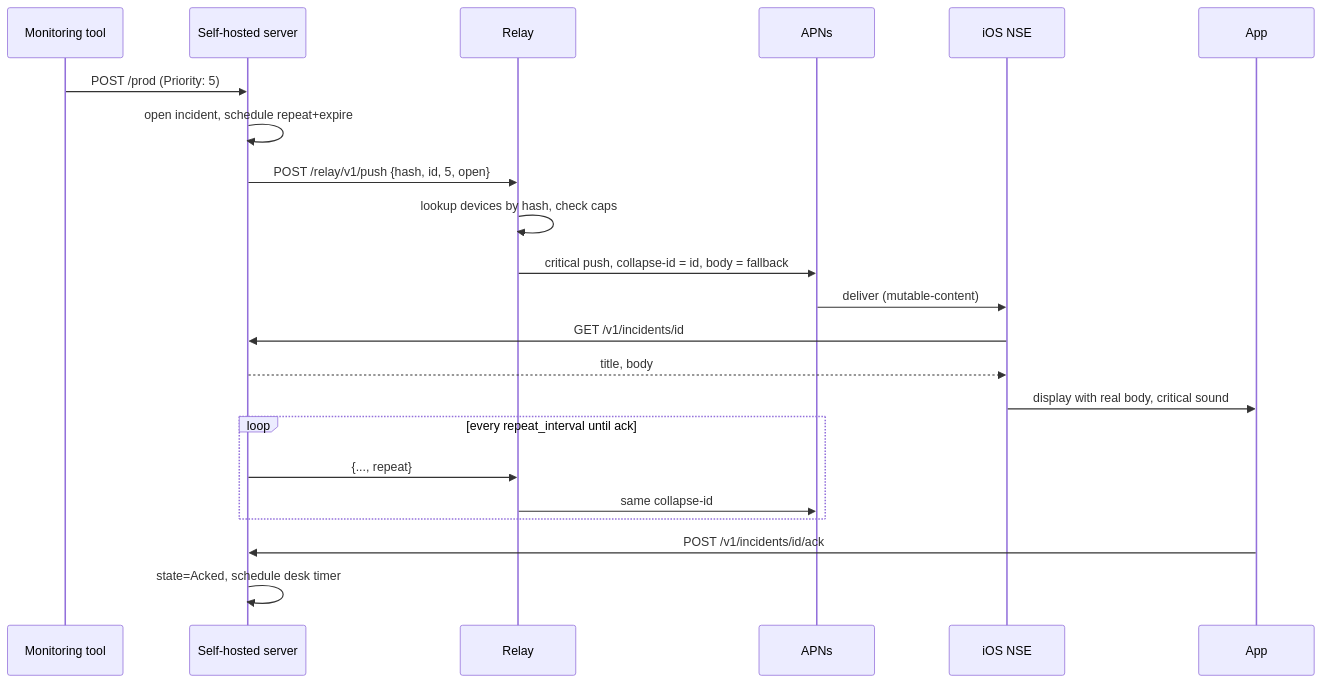
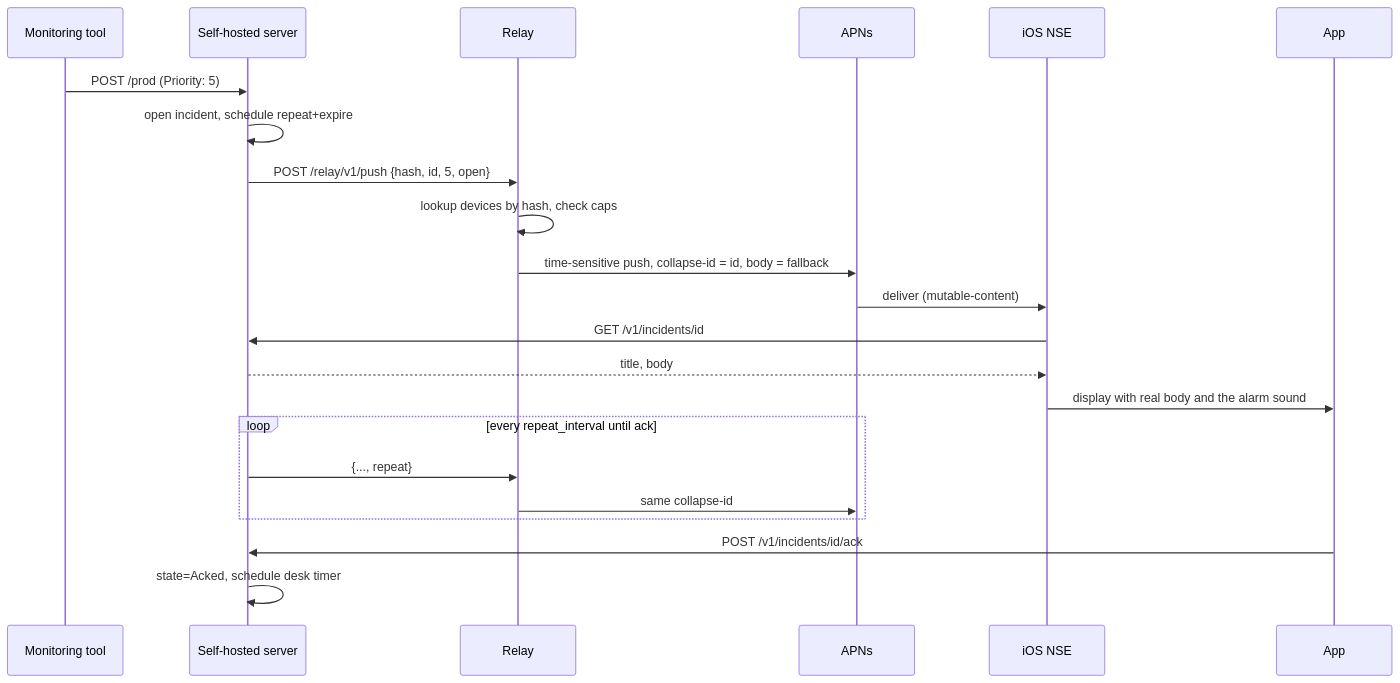
One commit to anvilnine/critalarm-app changed the fifth of 5 diagrams in docs/ARCHITECTURE.md. Above: the diagram before and after it, drawn with Mermaid. The commit also changed other lines of this file and 1 other file, not shown here.

````diff
--- a/docs/ARCHITECTURE.md
+++ b/docs/ARCHITECTURE.md
@@ -241,25 +247,25 @@
 ```mermaid
 sequenceDiagram
     participant M as Monitoring tool
     participant S as Self-hosted server
     participant R as Relay
     participant A as APNs
     participant N as iOS NSE
     participant P as App
 
     M->>S: POST /prod (Priority: 5)
     S->>S: open incident, schedule repeat+expire
     S->>R: POST /relay/v1/push {hash, id, 5, open}
     R->>R: lookup devices by hash, check caps
-    R->>A: critical push, collapse-id = id, body = fallback
+    R->>A: time-sensitive push, collapse-id = id, body = fallback
     A->>N: deliver (mutable-content)
     N->>S: GET /v1/incidents/id
     S-->>N: title, body
-    N->>P: display with real body, critical sound
+    N->>P: display with real body and the alarm sound
     loop every repeat_interval until ack
         S->>R: {..., repeat}
         R->>A: same collapse-id
     end
     P->>S: POST /v1/incidents/id/ack
     S->>S: state=Acked, schedule desk timer
 ```
````
